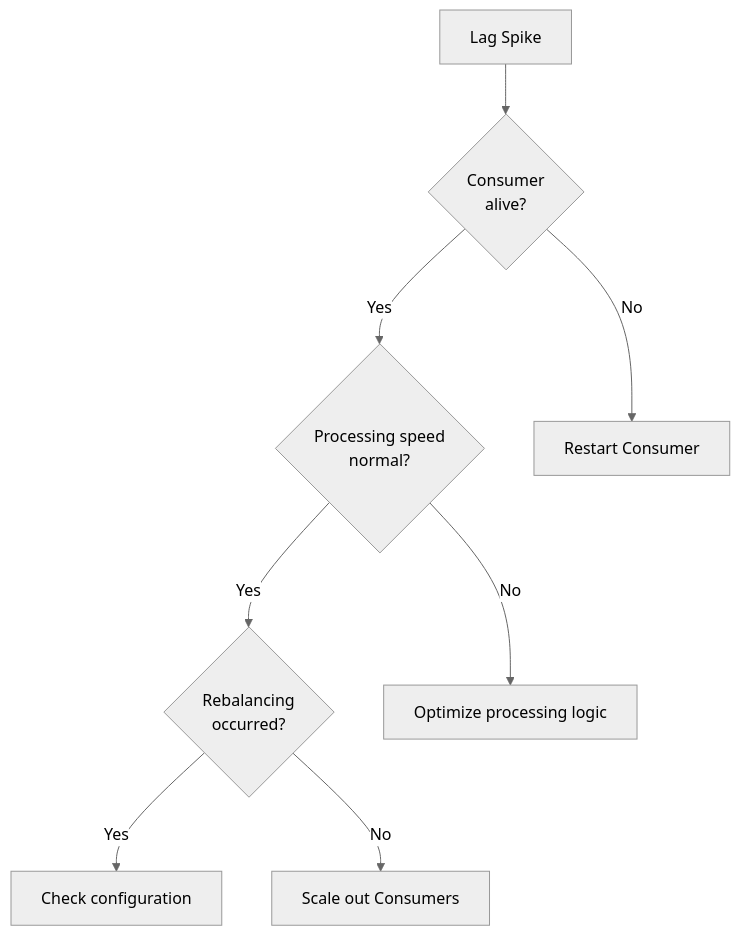
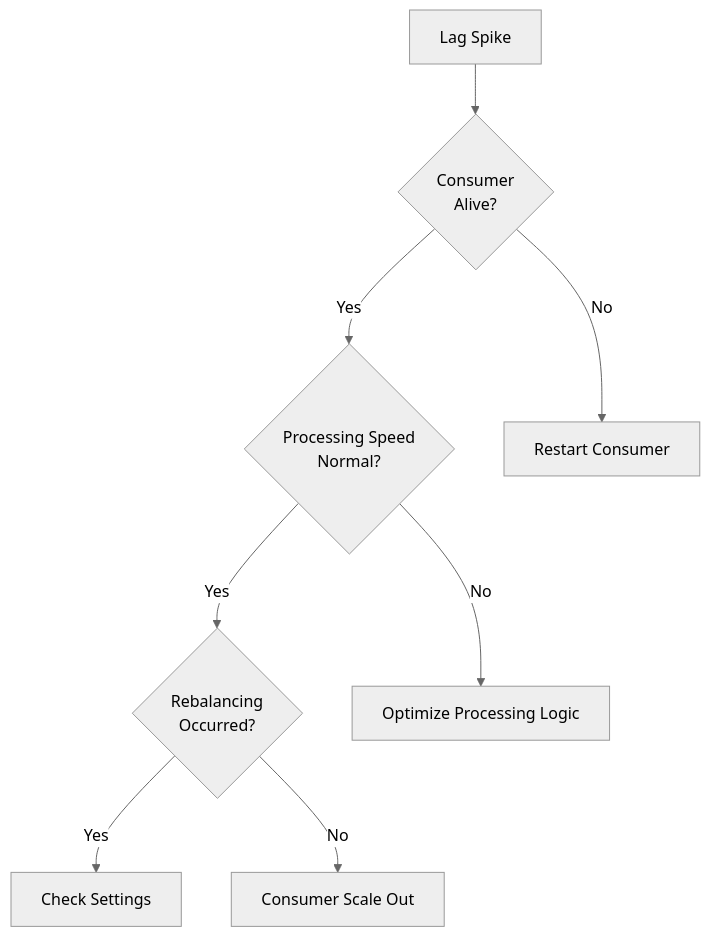
Before and after one commit to advanced-beginner/advanced-beginner.github.io: the third of 3 diagrams in content/en/docs/kafka/concepts/monitoring.md, drawn with Mermaid (neutral theme). The commit also changed other lines of this file and 7 other files, not shown here.

````diff
--- a/content/en/docs/kafka/concepts/monitoring.md
+++ b/content/en/docs/kafka/concepts/monitoring.md
@@ -308,15 +301,15 @@
 ```mermaid
 flowchart TB
     LAG[Lag Spike]
-    Q1{Consumer<br>alive?}
-    Q2{Processing speed<br>normal?}
-    Q3{Rebalancing<br>occurred?}
+    Q1{Consumer<br>Alive?}
+    Q2{Processing Speed<br>Normal?}
+    Q3{Rebalancing<br>Occurred?}
 
     LAG --> Q1
     Q1 -->|No| RESTART[Restart Consumer]
     Q1 -->|Yes| Q2
-    Q2 -->|No| OPTIMIZE[Optimize processing logic]
+    Q2 -->|No| OPTIMIZE[Optimize Processing Logic]
     Q2 -->|Yes| Q3
-    Q3 -->|Yes| CHECK_CONFIG[Check configuration]
-    Q3 -->|No| SCALE[Scale out Consumers]
+    Q3 -->|Yes| CHECK_CONFIG[Check Settings]
+    Q3 -->|No| SCALE[Consumer Scale Out]
 ```
````
